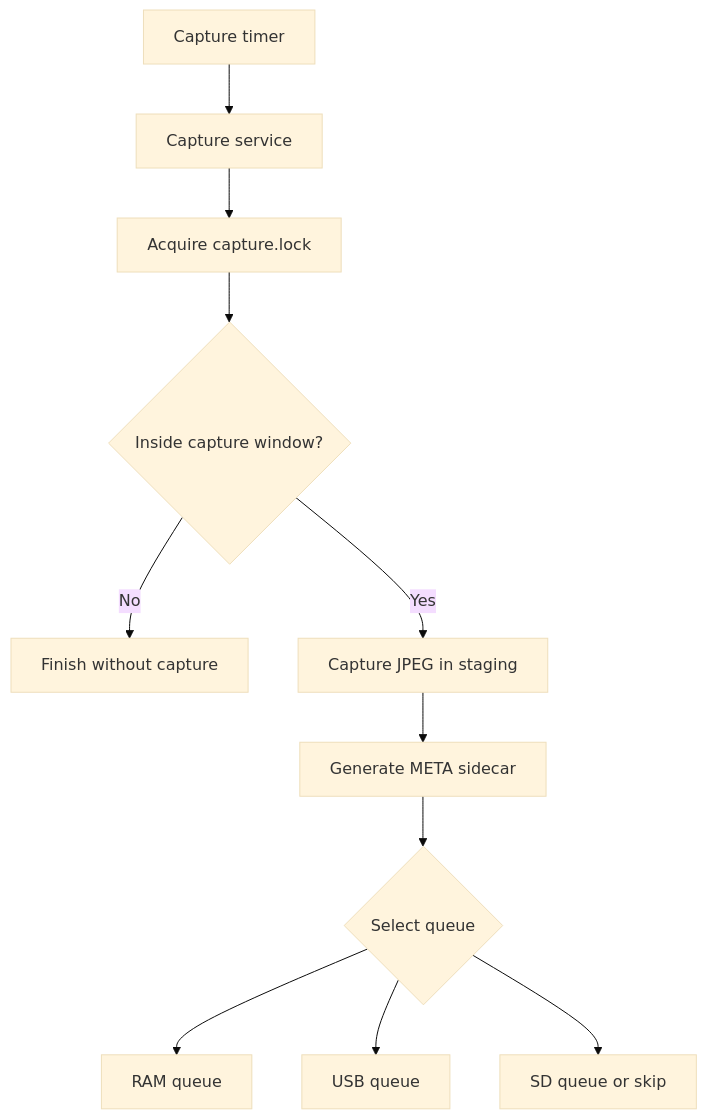
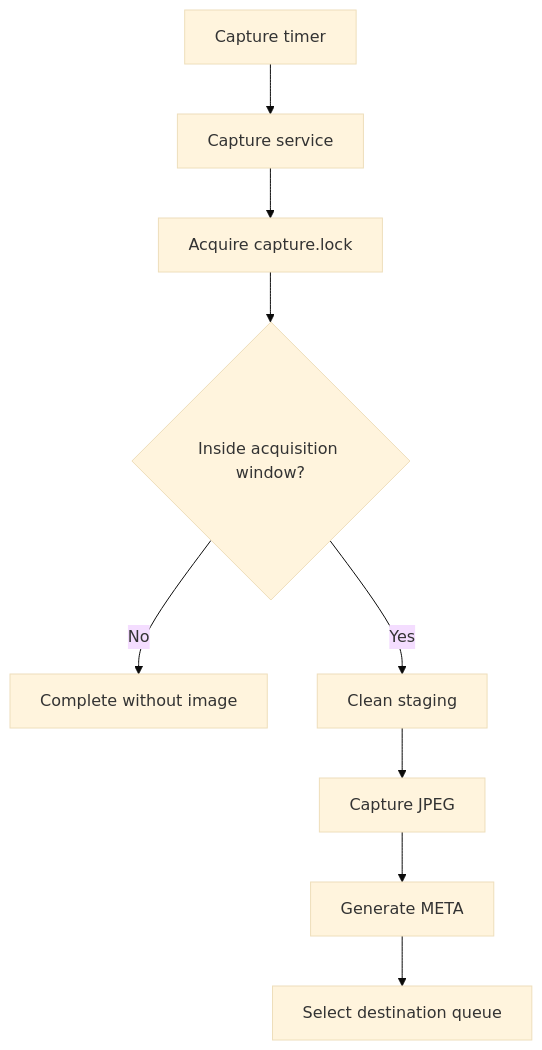
The first of 3 diagrams in software/docs/ARCHITECTURE.md (luca-c-eng/oscars-phenocam), drawn with Mermaid (base theme) before and after one commit. The commit also changed other lines of this file, not shown here.

First line of the commit message:
Refine architecture documentation for clarity

````diff
--- a/software/docs/ARCHITECTURE.md
+++ b/software/docs/ARCHITECTURE.md
@@ -63,13 +64,11 @@
 ```mermaid
 flowchart TD
     A["Capture timer"] --> B["Capture service"]
     B --> C["Acquire capture.lock"]
-    C --> D{"Inside capture window?"}
-    D -- No --> E["Finish without capture"]
-    D -- Yes --> F["Capture JPEG in staging"]
-    F --> G["Generate META sidecar"]
-    G --> H{"Select queue"}
-    H --> I["RAM queue"]
-    H --> J["USB queue"]
-    H --> K["SD queue or skip"]
+    C --> D{"Inside acquisition window?"}
+    D -- No --> E["Complete without image"]
+    D -- Yes --> F["Clean staging"]
+    F --> G["Capture JPEG"]
+    G --> H["Generate META"]
+    H --> I["Select destination queue"]
 ```
````
